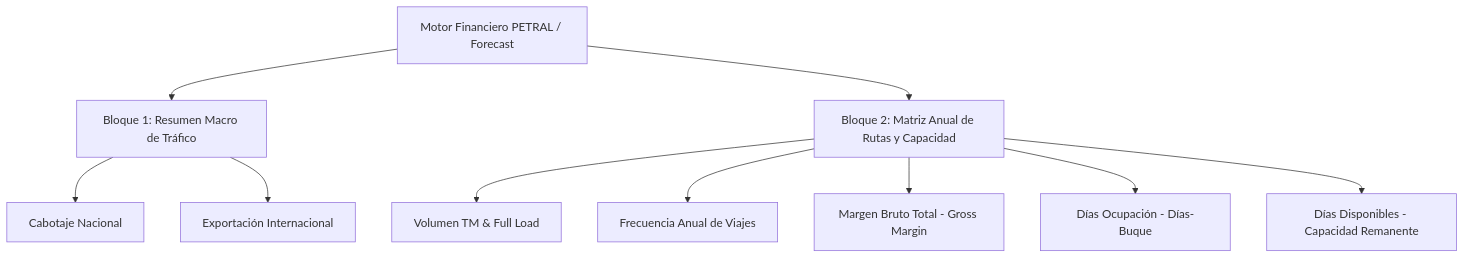
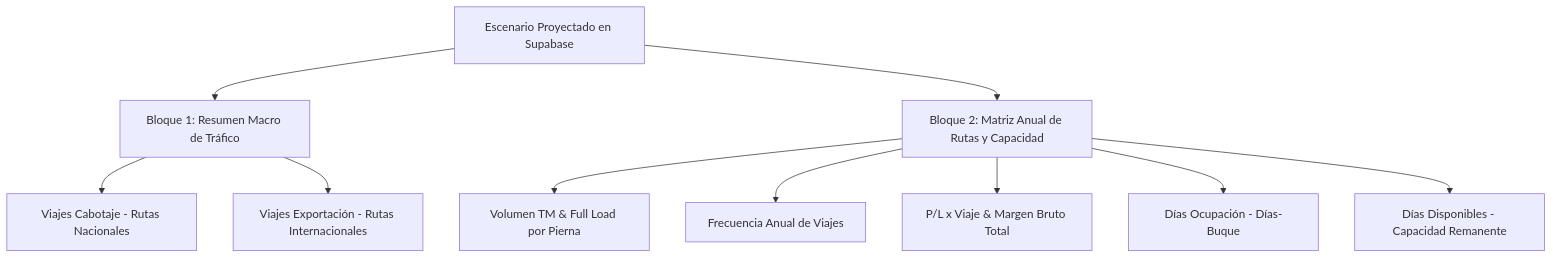
One commit to RichGutz/PETRAL.SMART.DASHBOARD changed the diagram in Desarrollo.Profesional/Obsidian.Refactorizacion.Multicotizador/31_Reporte_MEC_Matriz_Matrices.md. Above: the diagram before and after it, drawn with Mermaid. The commit also changed other lines of this file and 2 other files, not shown here.

````diff
--- a/Desarrollo.Profesional/Obsidian.Refactorizacion.Multicotizador/31_Reporte_MEC_Matriz_Matrices.md
+++ b/Desarrollo.Profesional/Obsidian.Refactorizacion.Multicotizador/31_Reporte_MEC_Matriz_Matrices.md
@@ -19,12 +35,12 @@
 ```mermaid
 graph TD
-    A[Motor Financiero PETRAL / Forecast] --> B[Bloque 1: Resumen Macro de Tráfico]
+    A[Escenario Proyectado en Supabase] --> B[Bloque 1: Resumen Macro de Tráfico]
     A --> C[Bloque 2: Matriz Anual de Rutas y Capacidad]
-    B --> B1[Cabotaje Nacional]
-    B --> B2[Exportación Internacional]
-    C --> C1[Volumen TM & Full Load]
+    B --> B1[Viajes Cabotaje - Rutas Nacionales]
+    B --> B2[Viajes Exportación - Rutas Internacionales]
+    C --> C1[Volumen TM & Full Load por Pierna]
     C --> C2[Frecuencia Anual de Viajes]
-    C --> C3[Margen Bruto Total - Gross Margin]
+    C --> C3[P/L x Viaje & Margen Bruto Total]
     C --> C4[Días Ocupación - Días-Buque]
     C --> C5[Días Disponibles - Capacidad Remanente]
 ```
````
